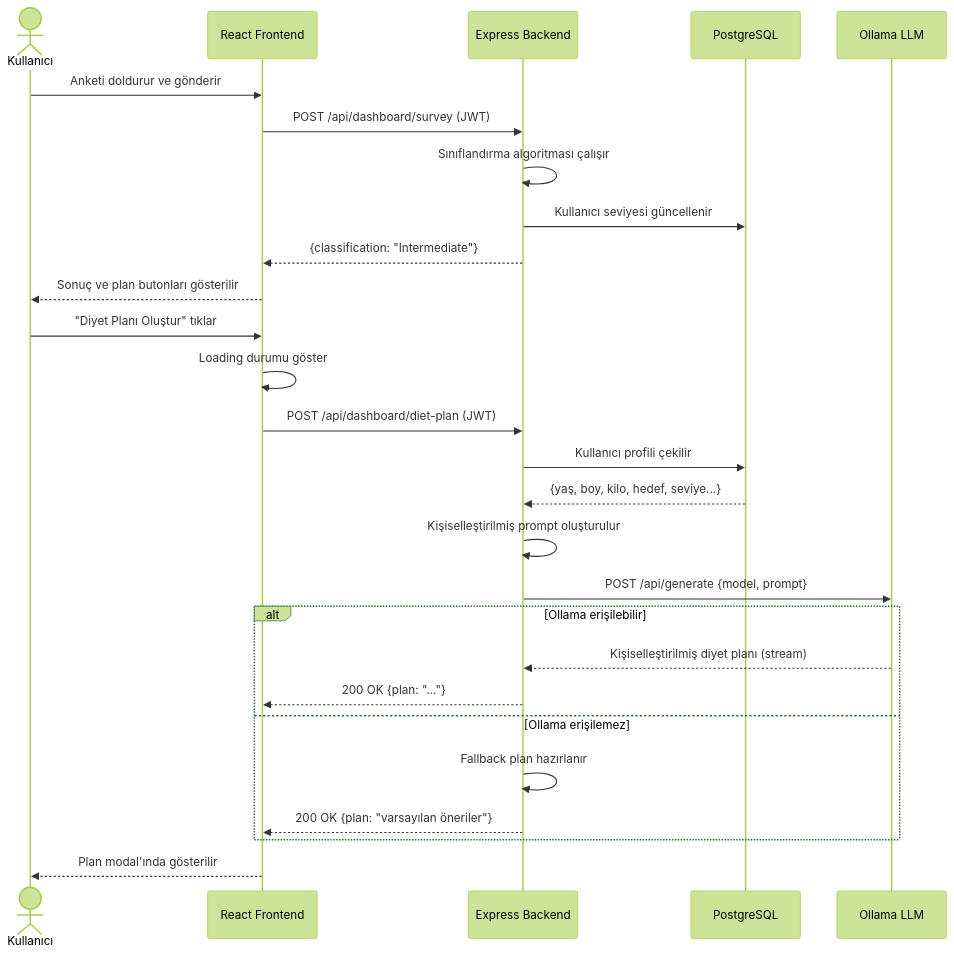
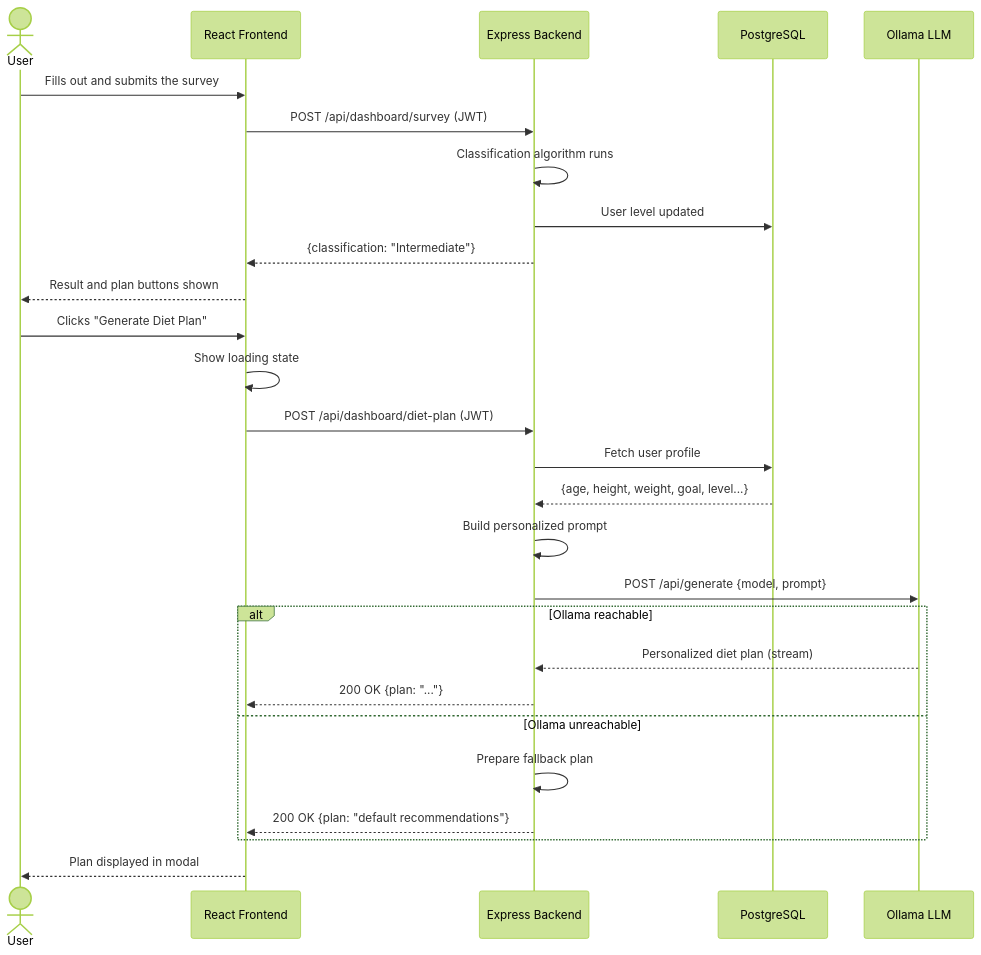
One commit to beyzadegirmenci/LifeSync changed the fourth of 6 diagrams in docs/architecture/SDD_v3.md. Above: the diagram before and after it, drawn with Mermaid (forest theme). The commit also changed other lines of this file, not shown here.

````diff
--- a/docs/architecture/SDD_v3.md
+++ b/docs/architecture/SDD_v3.md
@@ -199,31 +195,31 @@
 ```mermaid
 sequenceDiagram
-    actor U as Kullanıcı
+    actor U as User
     participant F as React Frontend
     participant B as Express Backend
     participant DB as PostgreSQL
     participant O as Ollama LLM
 
-    U->>F: Anketi doldurur ve gönderir
+    U->>F: Fills out and submits the survey
     F->>B: POST /api/dashboard/survey (JWT)
-    B->>B: Sınıflandırma algoritması çalışır
-    B->>DB: Kullanıcı seviyesi güncellenir
+    B->>B: Classification algorithm runs
+    B->>DB: User level updated
     B-->>F: {classification: "Intermediate"}
-    F-->>U: Sonuç ve plan butonları gösterilir
+    F-->>U: Result and plan buttons shown
 
-    U->>F: "Diyet Planı Oluştur" tıklar
-    F->>F: Loading durumu göster
+    U->>F: Clicks "Generate Diet Plan"
+    F->>F: Show loading state
     F->>B: POST /api/dashboard/diet-plan (JWT)
-    B->>DB: Kullanıcı profili çekilir
-    DB-->>B: {yaş, boy, kilo, hedef, seviye...}
-    B->>B: Kişiselleştirilmiş prompt oluşturulur
+    B->>DB: Fetch user profile
+    DB-->>B: {age, height, weight, goal, level...}
+    B->>B: Build personalized prompt
     B->>O: POST /api/generate {model, prompt}
-    alt Ollama erişilebilir
-        O-->>B: Kişiselleştirilmiş diyet planı (stream)
+    alt Ollama reachable
+        O-->>B: Personalized diet plan (stream)
         B-->>F: 200 OK {plan: "..."}
-    else Ollama erişilemez
-        B->>B: Fallback plan hazırlanır
-        B-->>F: 200 OK {plan: "varsayılan öneriler"}
+    else Ollama unreachable
+        B->>B: Prepare fallback plan
+        B-->>F: 200 OK {plan: "default recommendations"}
     end
-    F-->>U: Plan modal'ında gösterilir
+    F-->>U: Plan displayed in modal
 ```
````
